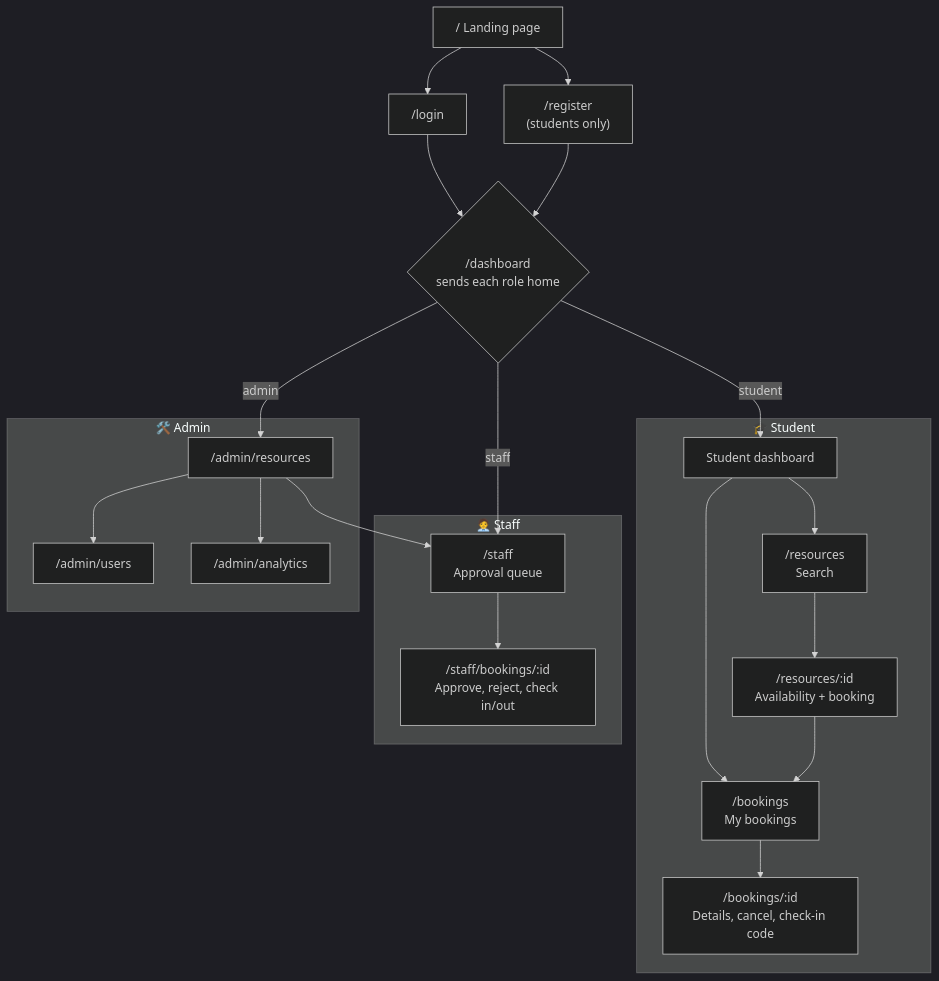
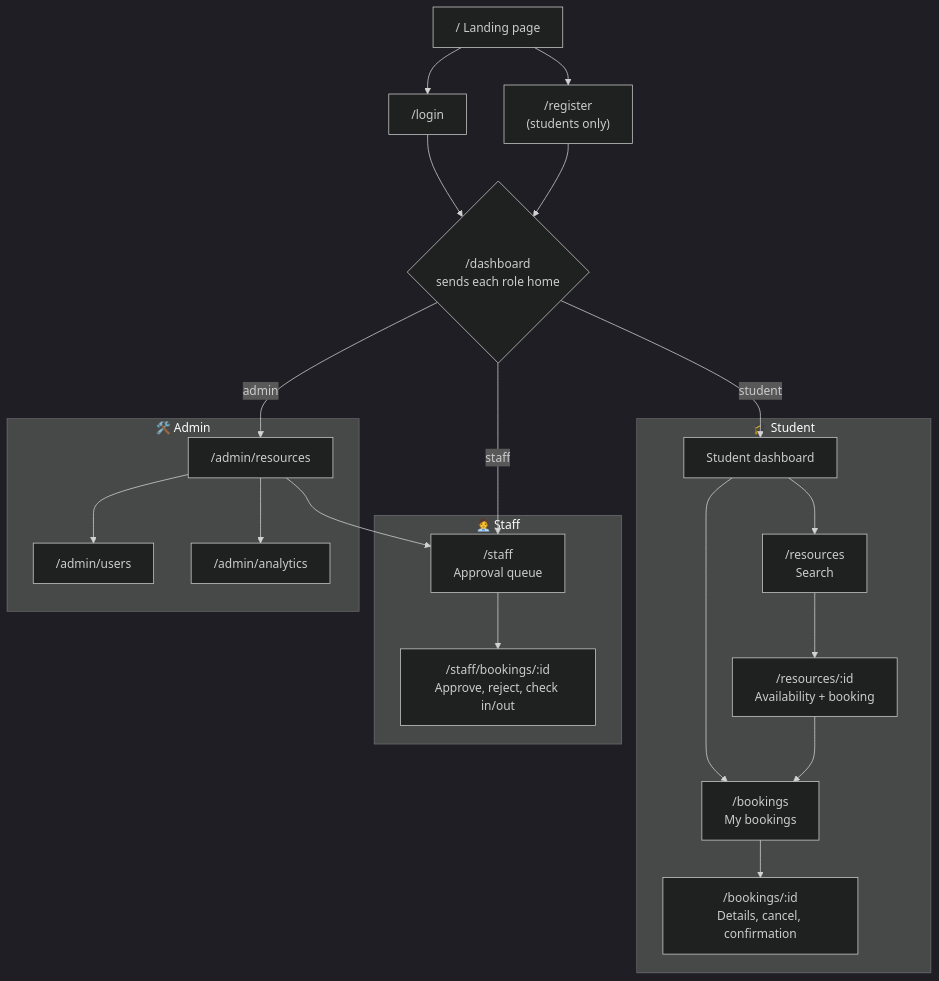
The diagram in docs/presentation/3-screens.md (Nam-Antoine/campus-resource-booking), drawn with Mermaid (dark theme) before and after one commit. The commit also changed other lines of this file and 83 other files, not shown here.

First line of the commit message:
Replace check-in codes with staff-confirmed booking details (#44)

````diff
--- a/docs/presentation/3-screens.md
+++ b/docs/presentation/3-screens.md
@@ -7,29 +7,29 @@
 ```mermaid
 flowchart TD
     Landing["/ Landing page"] --> Login["/login"]
     Landing --> Register["/register<br/>(students only)"]
     Login --> Dash{"/dashboard<br/>sends each role home"}
     Register --> Dash
 
     Dash -- student --> SD["Student dashboard"]
     Dash -- staff --> SQ["/staff<br/>Approval queue"]
     Dash -- admin --> AR["/admin/resources"]
 
     subgraph Student[🎓 Student]
         SD --> RS["/resources<br/>Search"]
         RS --> RD["/resources/:id<br/>Availability + booking"]
         SD --> MB["/bookings<br/>My bookings"]
-        MB --> BD["/bookings/:id<br/>Details, cancel, check-in code"]
+        MB --> BD["/bookings/:id<br/>Details, cancel, confirmation"]
         RD --> MB
     end
 
     subgraph Staff[🧑‍💼 Staff]
         SQ --> SB["/staff/bookings/:id<br/>Approve, reject, check in/out"]
     end
 
     subgraph Admin[🛠️ Admin]
         AR --> AU["/admin/users"]
         AR --> AA["/admin/analytics"]
         AR --> SQ
     end
 ```
````
